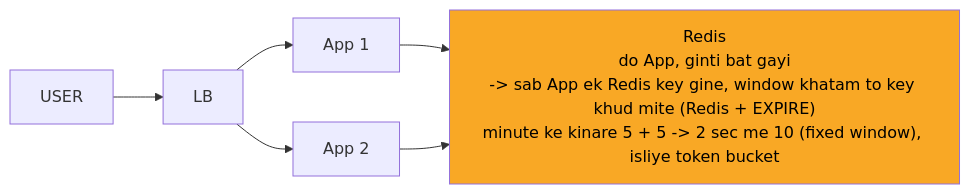
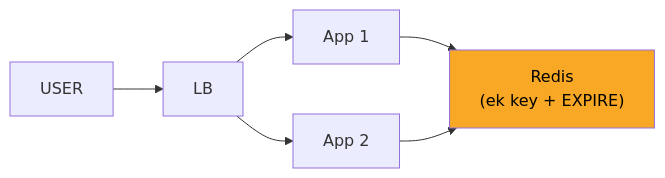
Before and after one commit to ArpanMaheshwari144/Prep: the diagram in 04_HLD/SYSTEM_DESIGNS/02_rate_limiter/img/c1.mmd, drawn with Mermaid. The commit also changed 28 other files, not shown here.

```diff
--- a/04_HLD/SYSTEM_DESIGNS/02_rate_limiter/img/c1.mmd
+++ b/04_HLD/SYSTEM_DESIGNS/02_rate_limiter/img/c1.mmd
@@ -1,13 +1,13 @@
 %%{init: {"flowchart": {"wrappingWidth": 450}}}%%
 flowchart LR
     n_USER["USER"]
     n_LB["LB"]
     n_App_x_N_1["App 1"]
     n_App_x_N_2["App 2"]
-    n_Redis["Redis<br/>do App, ginti bat gayi<br/>-> sab App ek Redis key gine, window khatam to key khud mite (Redis + EXPIRE)<br/>minute ke kinare 5 + 5 -> 2 sec me 10 (fixed window), isliye token bucket"]
+    n_Redis["Redis<br/>(ek key + EXPIRE)"]
     n_USER --> n_LB
     n_LB --> n_App_x_N_1
     n_LB --> n_App_x_N_2
     n_App_x_N_1 --> n_Redis
     n_App_x_N_2 --> n_Redis
     style n_Redis fill:#f9a825,color:#000
```
